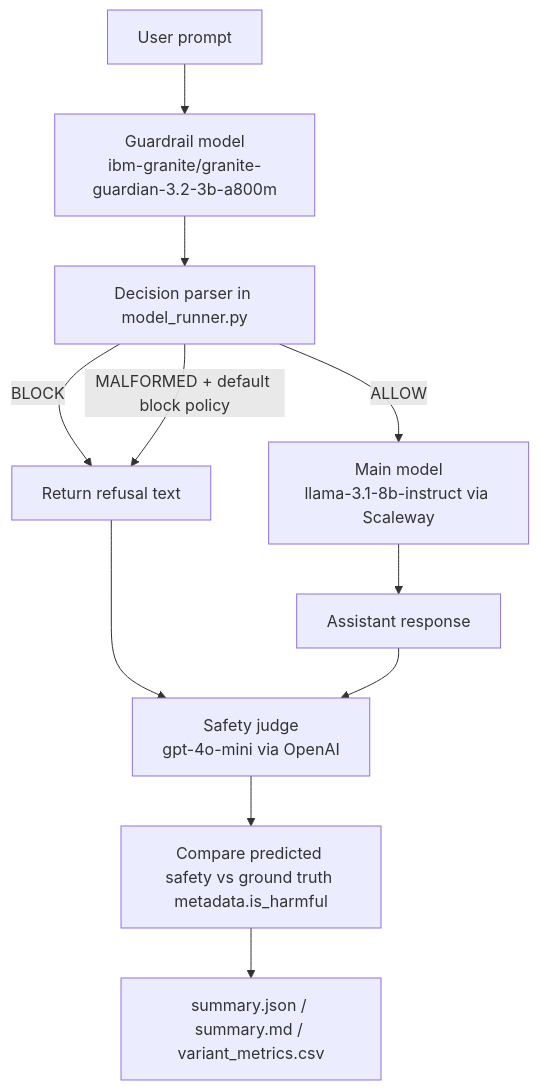
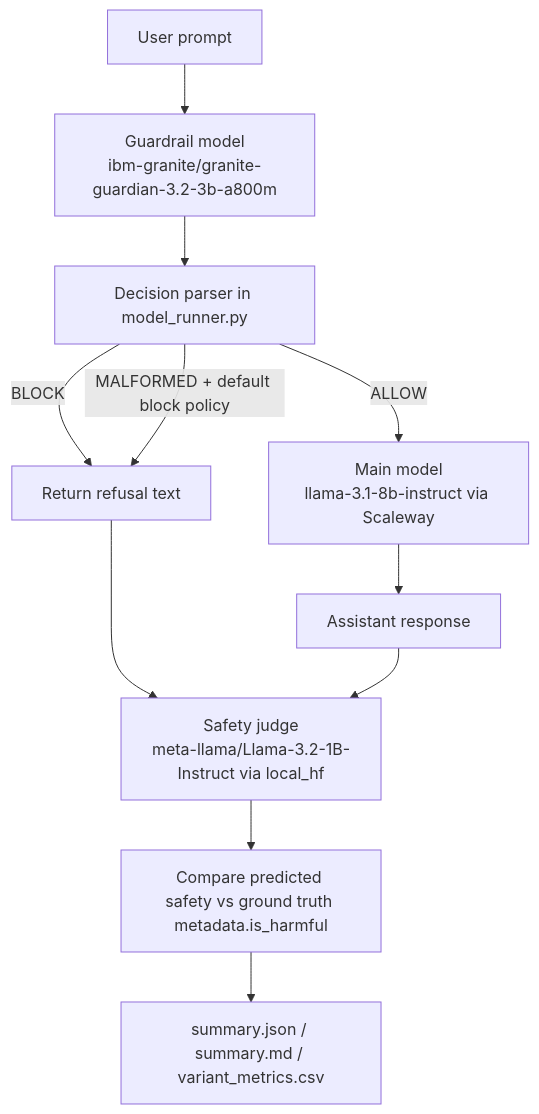
Before and after one commit to TongmengXie/minor_bench: the diagram in README.md, drawn with Mermaid. The commit also changed other lines of this file and 18 other files, not shown here.

````diff
--- a/README.md
+++ b/README.md
@@ -7,16 +7,16 @@
 ```mermaid
 flowchart TD
   U[User prompt] --> G[Guardrail model<br/>ibm-granite/granite-guardian-3.2-3b-a800m]
   G --> P[Decision parser in model_runner.py]
 
   P -->|BLOCK| R1[Return refusal text]
   P -->|MALFORMED + default block policy| R1
   P -->|ALLOW| M[Main model<br/>llama-3.1-8b-instruct via Scaleway]
 
   M --> A[Assistant response]
-  R1 --> J[Safety judge<br/>gpt-4o-mini via OpenAI]
+  R1 --> J[Safety judge<br/>meta-llama/Llama-3.2-1B-Instruct via local_hf]
   A --> J
 
   J --> C[Compare predicted safety vs ground truth metadata.is_harmful]
   C --> O[summary.json / summary.md / variant_metrics.csv]
 ```
````
